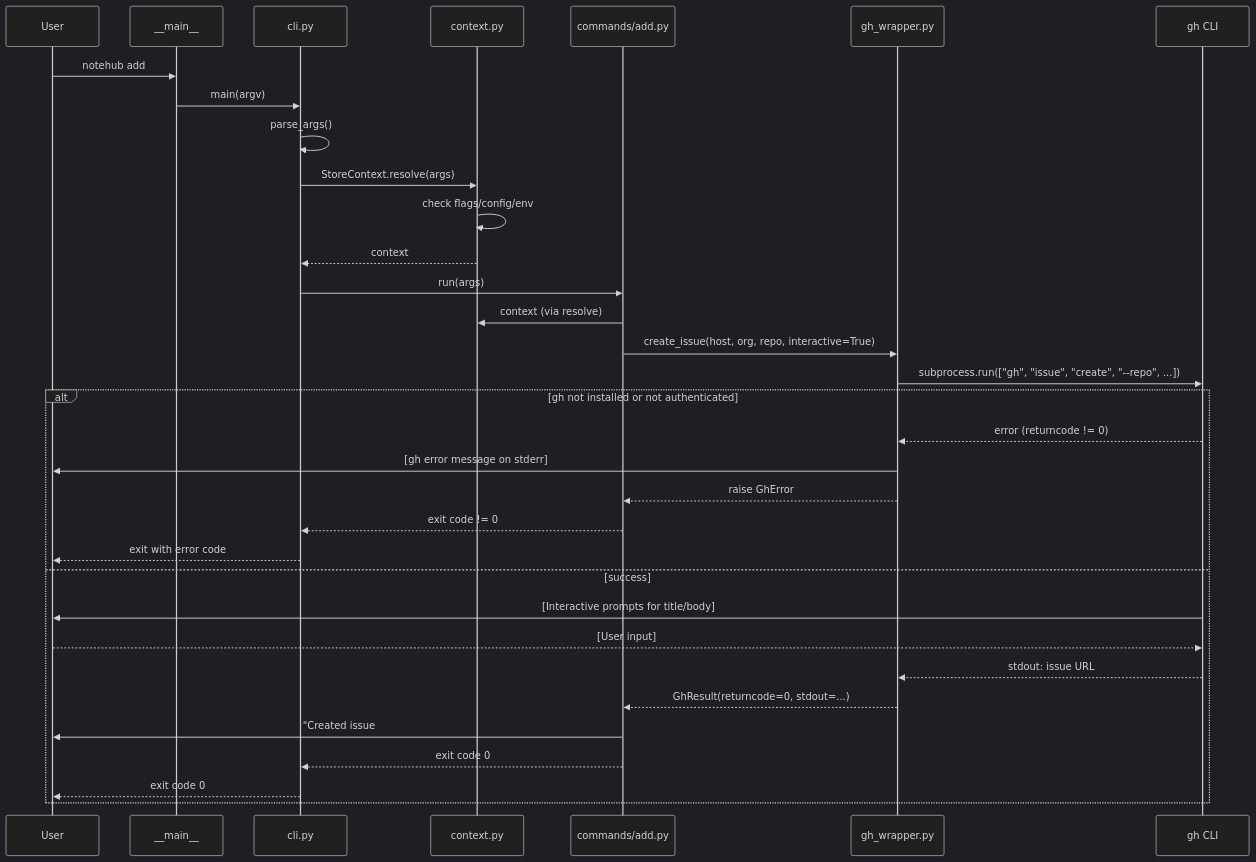
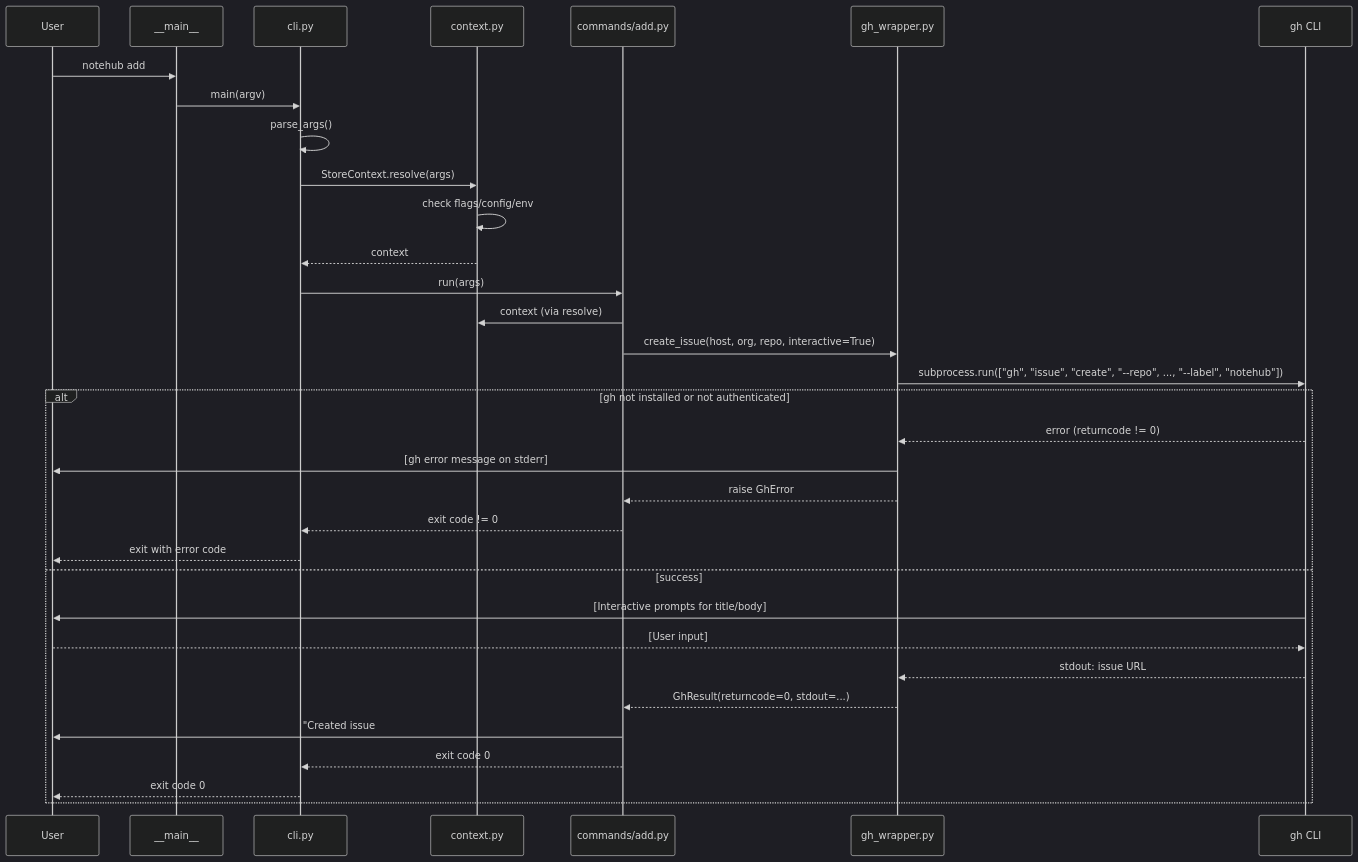
Before and after one commit to Stabledog/notehub: the third of 5 diagrams in spec/design.md, drawn with Mermaid (dark theme). The commit also changed other lines of this file and 2 other files, not shown here.

Commit message:
Add spec about using notehub label on issues

````diff
--- a/spec/design.md
+++ b/spec/design.md
@@ -289,37 +294,37 @@
 ```mermaid
 sequenceDiagram
     participant User
     participant Main as __main__
     participant CLI as cli.py
     participant Ctx as context.py
     participant Add as commands/add.py
     participant GH as gh_wrapper.py
     participant GH_CLI as gh CLI
     
     User->>Main: notehub add
     Main->>CLI: main(argv)
     CLI->>CLI: parse_args()
     CLI->>Ctx: StoreContext.resolve(args)
     Ctx->>Ctx: check flags/config/env
     Ctx-->>CLI: context
     CLI->>Add: run(args)
     Add->>Ctx: context (via resolve)
     Add->>GH: create_issue(host, org, repo, interactive=True)
-    GH->>GH_CLI: subprocess.run(["gh", "issue", "create", "--repo", ...])
+    GH->>GH_CLI: subprocess.run(["gh", "issue", "create", "--repo", ..., "--label", "notehub"])
     
     alt gh not installed or not authenticated
         GH_CLI-->>GH: error (returncode != 0)
         GH->>User: [gh error message on stderr]
         GH-->>Add: raise GhError
         Add-->>CLI: exit code != 0
         CLI-->>User: exit with error code
     else success
         GH_CLI->>User: [Interactive prompts for title/body]
         User-->>GH_CLI: [User input]
         GH_CLI-->>GH: stdout: issue URL
         GH-->>Add: GhResult(returncode=0, stdout=...)
         Add->>User: "Created issue #123: https://..."
         Add-->>CLI: exit code 0
         CLI-->>User: exit code 0
     end
 ```
````
